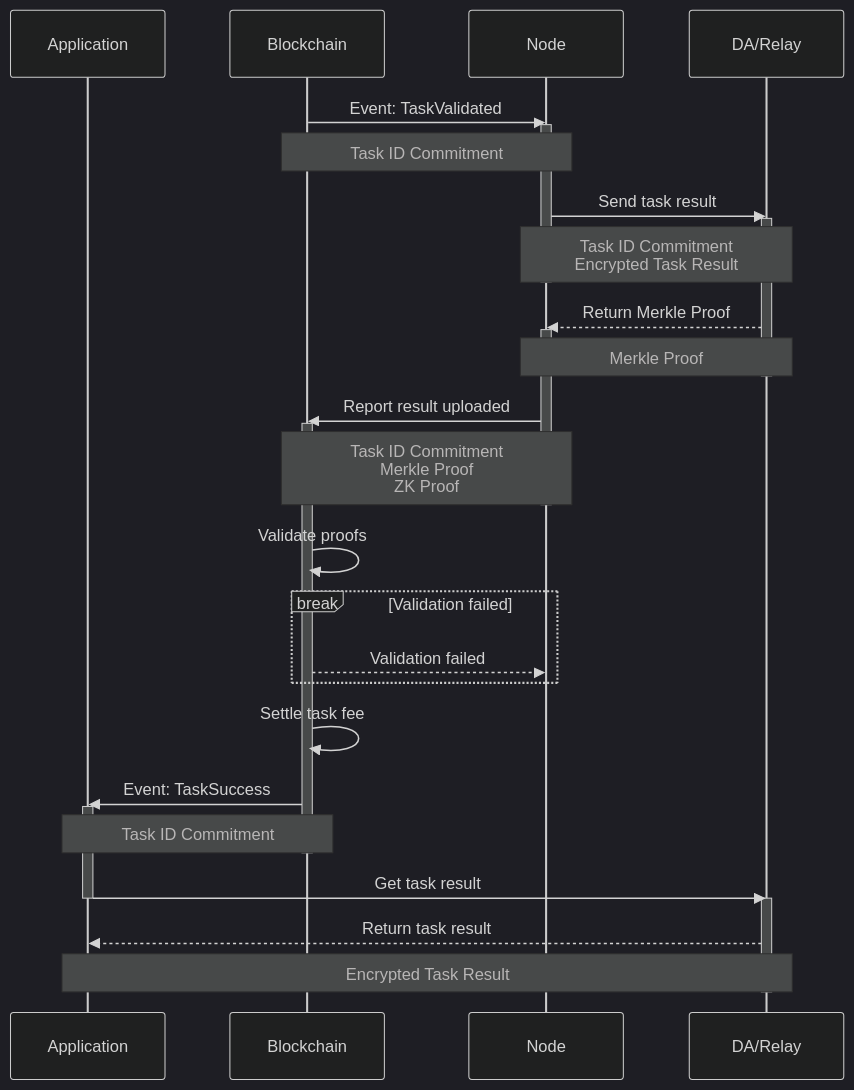
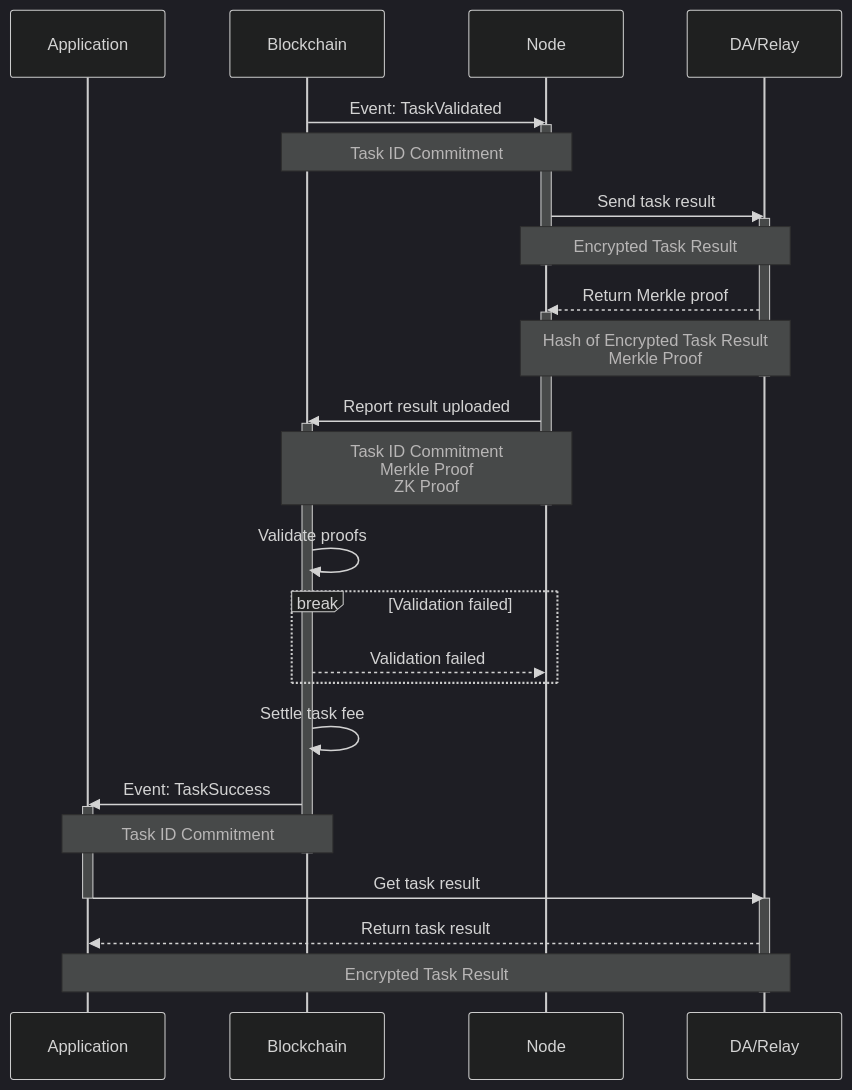
The fourth of 4 diagrams in gitbook/system-design/task-lifecycle.md (crynux-ai/documentation), drawn with Mermaid (dark theme) before and after one commit. The commit also changed other lines of this file, not shown here.

````diff
--- a/gitbook/system-design/task-lifecycle.md
+++ b/gitbook/system-design/task-lifecycle.md
@@ -262,39 +289,39 @@
 ```mermaid
 sequenceDiagram
     Participant A as Application
     Participant B as Blockchain
     Participant N as Node
     Participant D as DA/Relay
 
     B ->> N: Event: TaskValidated
     activate N
     Note over B,N: Task ID Commitment
     N ->> D: Send task result
     activate D
-    Note over N,D: Task ID Commitment<br/>Encrypted Task Result
+    Note over N,D: Encrypted Task Result
     deactivate N
-    D -->> N: Return Merkle Proof
+    D -->> N: Return Merkle proof
     activate N
-    Note over N,D: Merkle Proof
+    Note over N,D: Hash of Encrypted Task Result<br/>Merkle Proof
     deactivate D
     N ->> B: Report result uploaded
     activate B
     Note over B,N: Task ID Commitment<br/>Merkle Proof<br/>ZK Proof
     deactivate N
     B ->> B: Validate proofs
     break Validation failed
         B -->> N: Validation failed
     end
     B ->> B: Settle task fee
     B ->> A: Event: TaskSuccess 
     activate A
     Note over A,B: Task ID Commitment
     deactivate B
     A ->> D: Get task result
     deactivate A
     activate D
     D -->> A: Return task result
     note over A,D: Encrypted Task Result
     deactivate D
 
 ```
````
